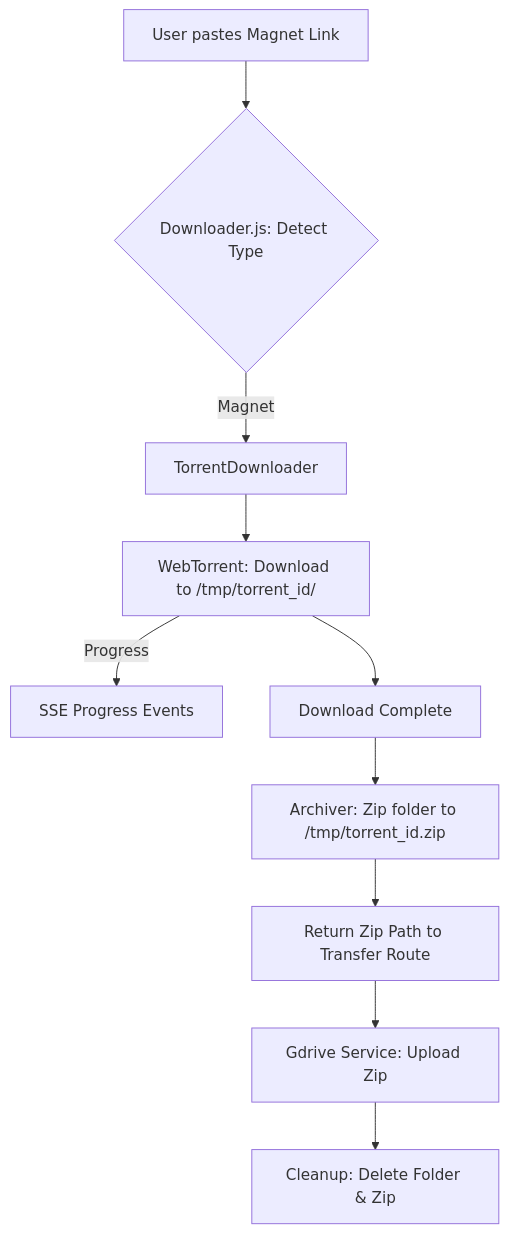
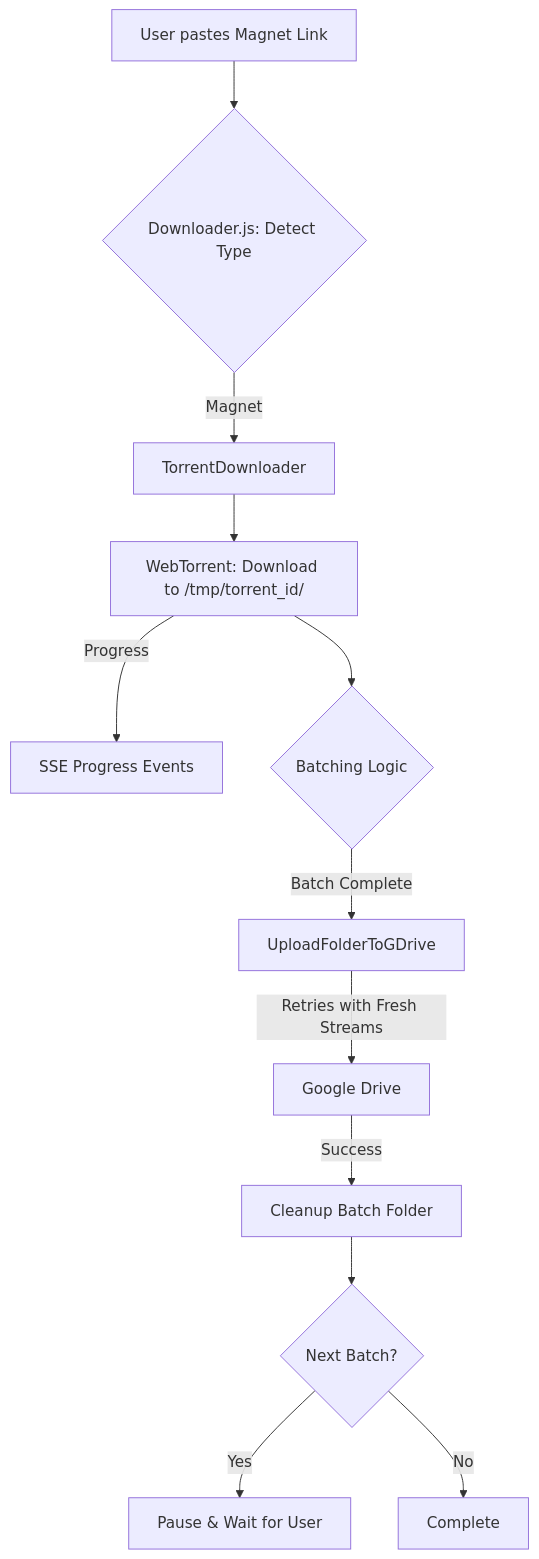
One commit to shahab00x/yt2gd changed the diagram in design_torrent.md. Above: the diagram before and after it, drawn with Mermaid. The commit also changed other lines of this file and 6 other files, not shown here.

````diff
--- a/design_torrent.md
+++ b/design_torrent.md
@@ -9,12 +10,14 @@
 ```mermaid
 graph TD
     A[User pastes Magnet Link] --> B{Downloader.js: Detect Type}
     B -- Magnet --> C[TorrentDownloader]
     C --> D[WebTorrent: Download to /tmp/torrent_id/]
     D -- Progress --> E[SSE Progress Events]
-    D --> F[Download Complete]
-    F --> G[Archiver: Zip folder to /tmp/torrent_id.zip]
-    G --> H[Return Zip Path to Transfer Route]
-    H --> I[Gdrive Service: Upload Zip]
-    I --> J[Cleanup: Delete Folder & Zip]
+    D --> F{Batching Logic}
+    F -- Batch Complete --> G[UploadFolderToGDrive]
+    G -- Retries with Fresh Streams --> H[Google Drive]
+    H -- Success --> I[Cleanup Batch Folder]
+    I --> J{Next Batch?}
+    J -- Yes --> K[Pause & Wait for User]
+    J -- No --> L[Complete]
 ```
````
